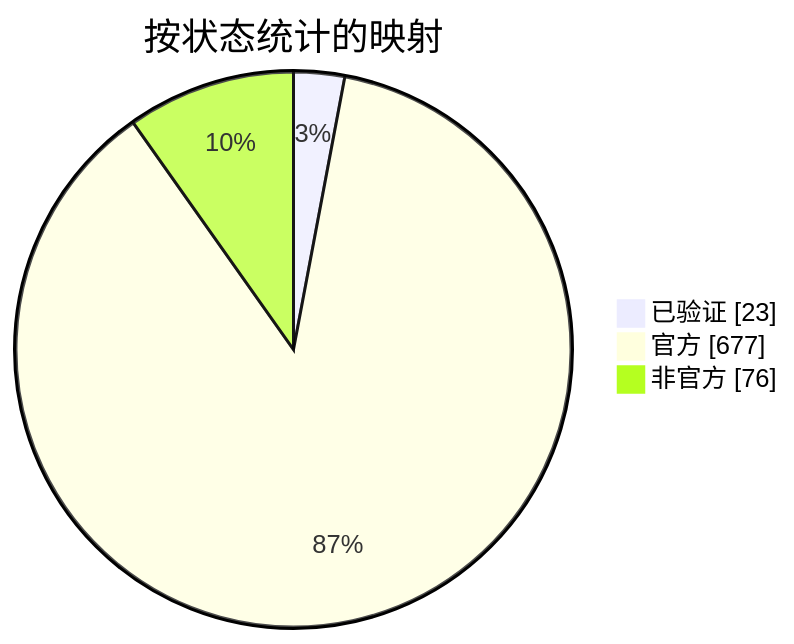
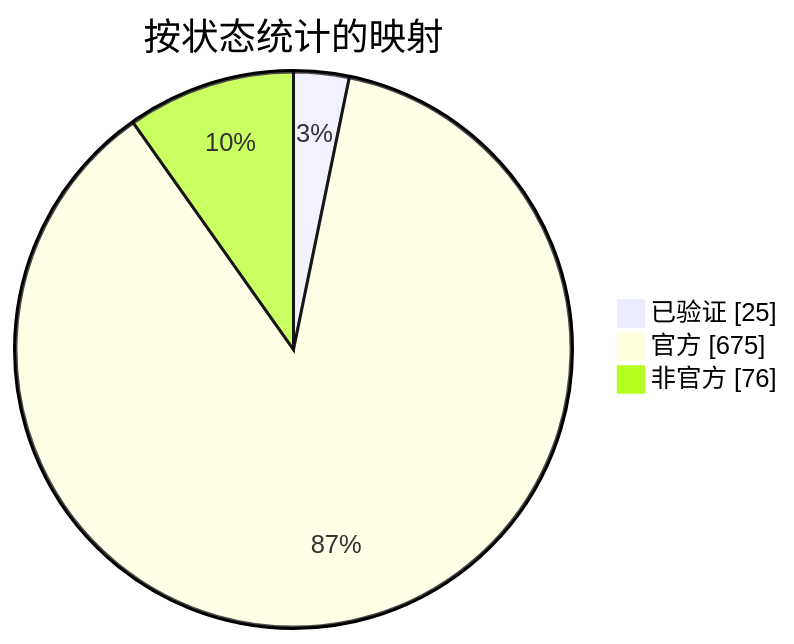
Before and after one commit to nobrega8/mbmap-library: the diagram in docs/readme/README_ZHS.md, drawn with Mermaid. The commit also changed 7 other files, not shown here.

````diff
--- a/docs/readme/README_ZHS.md
+++ b/docs/readme/README_ZHS.md
@@ -54,7 +54,7 @@
 ```mermaid
 pie showData
     title 按状态统计的映射
-    "已验证" : 23
-    "官方" : 677
+    "已验证" : 25
+    "官方" : 675
     "非官方" : 76
 ```
````
